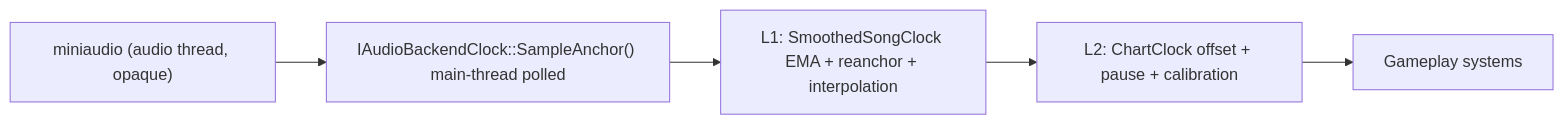
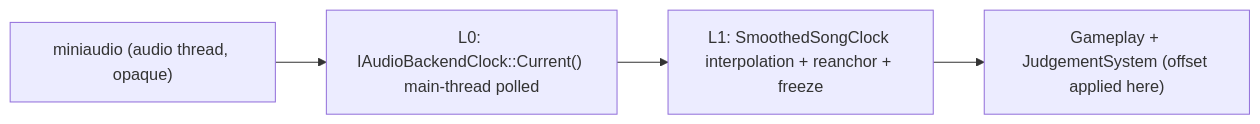
Before and after one commit to YuankunHuang/rhythm-fruit-shop-cpp: the second of 2 diagrams in Rhythm_Fruit_Shop_CPP_Core_GDD_TDD.md, drawn with Mermaid. The commit also changed other lines of this file and 16 other files, not shown here.

````diff
--- a/Rhythm_Fruit_Shop_CPP_Core_GDD_TDD.md
+++ b/Rhythm_Fruit_Shop_CPP_Core_GDD_TDD.md
@@ -781,7 +718,6 @@
 ```mermaid
 graph LR
-    miniaudio["miniaudio (audio thread, opaque)"] --> backend["IAudioBackendClock::SampleAnchor() main-thread polled"]
-    backend --> L1["L1: SmoothedSongClock EMA + reanchor + interpolation"]
-    L1 --> L2["L2: ChartClock offset + pause + calibration"]
-    L2 --> gameplay["Gameplay systems"]
+    miniaudio["miniaudio (audio thread, opaque)"] --> backend["L0: IAudioBackendClock::Current() main-thread polled"]
+    backend --> L1["L1: SmoothedSongClock interpolation + reanchor + freeze"]
+    L1 --> gameplay["Gameplay + JudgementSystem (offset applied here)"]
 ```
````
